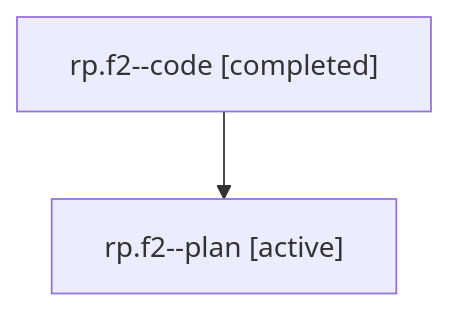
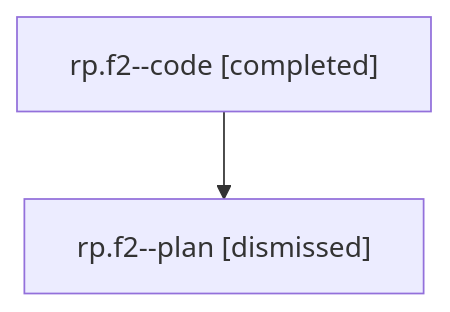
The diagram in sessions/bbugyi200.athena.rp.f2.md (sase-org/sase--agents), drawn with Mermaid before and after one commit. The commit also changed other lines of this file and 28 other files, not shown here.

````diff
--- a/sessions/bbugyi200.athena.rp.f2.md
+++ b/sessions/bbugyi200.athena.rp.f2.md
@@ -9,6 +9,6 @@
 ```mermaid
 flowchart TD
   n0["rp.f2--code [completed]"]
-  n1["rp.f2--plan [active]"]
+  n1["rp.f2--plan [dismissed]"]
   n0 --> n1
 ```
````
